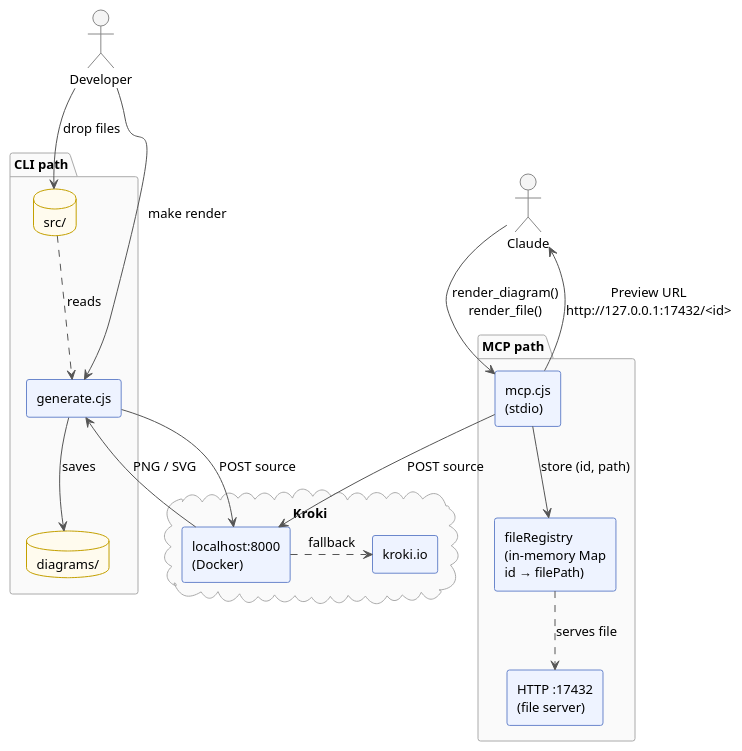
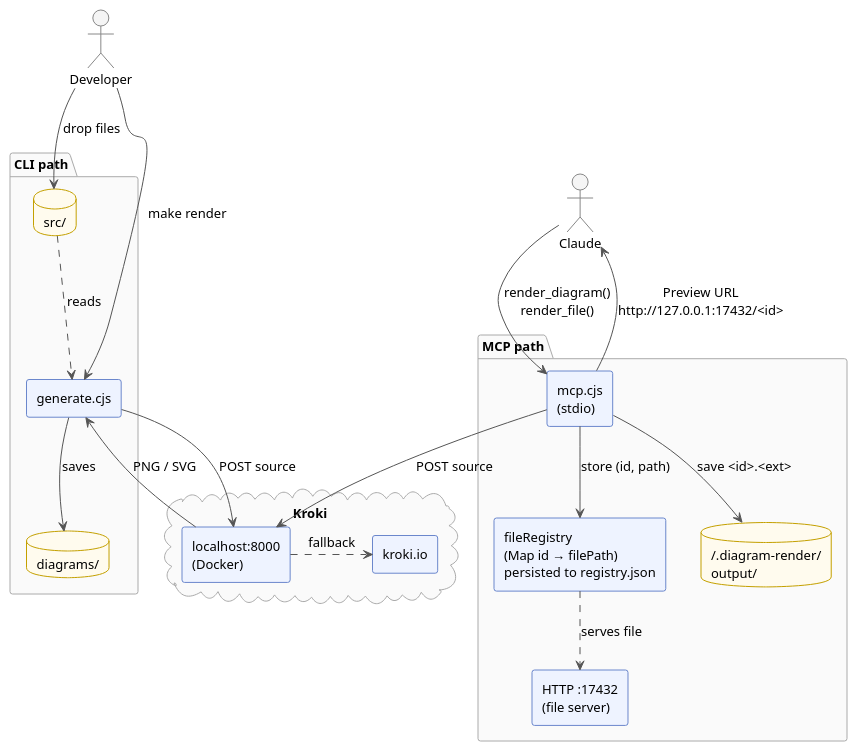
One commit to Dev-Dipesh/canopy changed the first of 2 diagrams in src/public/architecture.md. Above: the diagram before and after it, drawn with PlantUML. The commit also changed other lines of this file and 2 other files, not shown here.

First line of the commit message:
docs: update architecture diagrams to reflect persistent storage

````diff
--- a/src/public/architecture.md
+++ b/src/public/architecture.md
@@ -3,55 +3,57 @@
 ```plantuml "overview"
 @startuml
 !theme plain
 skinparam backgroundColor white
 skinparam defaultFontSize 13
 skinparam componentStyle rectangle
 skinparam ArrowColor #555555
 skinparam ComponentBackgroundColor #EEF3FF
 skinparam ComponentBorderColor #6B87CC
 skinparam DatabaseBackgroundColor #FFFBEE
 skinparam DatabaseBorderColor #C4A000
 skinparam PackageBorderColor #AAAAAA
 skinparam PackageBackgroundColor #FAFAFA
 skinparam ActorBackgroundColor #F5F5F5
 skinparam ActorBorderColor #888888
 skinparam NoteBackgroundColor #FFFDE7
 skinparam NoteBorderColor #BBBB00
 
 top to bottom direction
 
 actor "Developer" as dev
 actor "Claude" as ai
 
 package "CLI path" {
   database "src/" as src
   component "generate.cjs" as cli
   database "diagrams/" as out
 }
 
 package "MCP path" {
   component "mcp.cjs\n(stdio)" as mcp
-  component "fileRegistry\n(in-memory Map\nid → filePath)" as reg
+  component "fileRegistry\n(Map id → filePath)\npersisted to registry.json" as reg
+  database "~/.diagram-render/\noutput/" as store
   component "HTTP :17432\n(file server)" as http
 }
 
 cloud "Kroki" as kroki {
   component "localhost:8000\n(Docker)" as local
   component "kroki.io" as pub
 }
 
 dev --> src : drop files
 dev --> cli : make render
 src ..> cli : reads
 cli --> local : POST source
 local .> pub : fallback
 local --> cli : PNG / SVG
 cli --> out : saves
 
 ai --> mcp : render_diagram()\nrender_file()
 mcp --> local : POST source
+mcp --> store : save <id>.<ext>
 mcp --> reg : store (id, path)
 reg ..> http : serves file
 mcp --> ai : Preview URL\nhttp://127.0.0.1:17432/<id>
 @enduml
 ```
````
